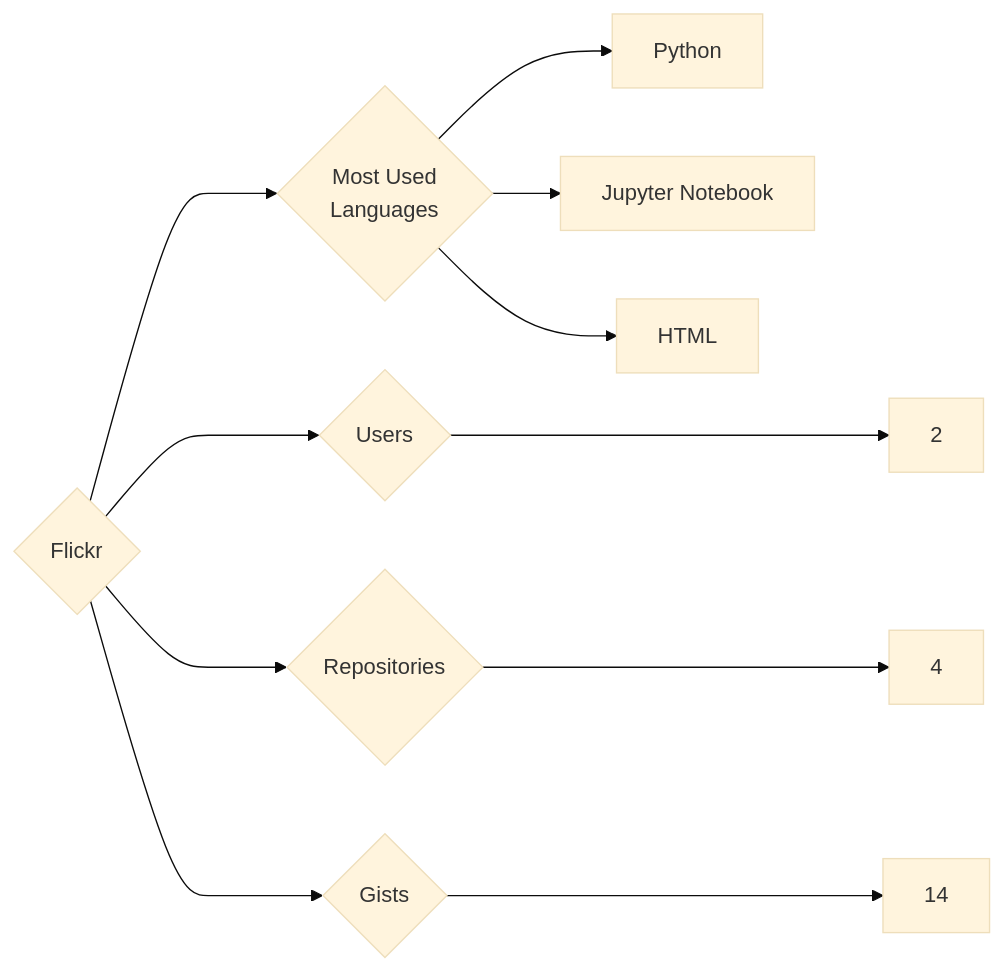
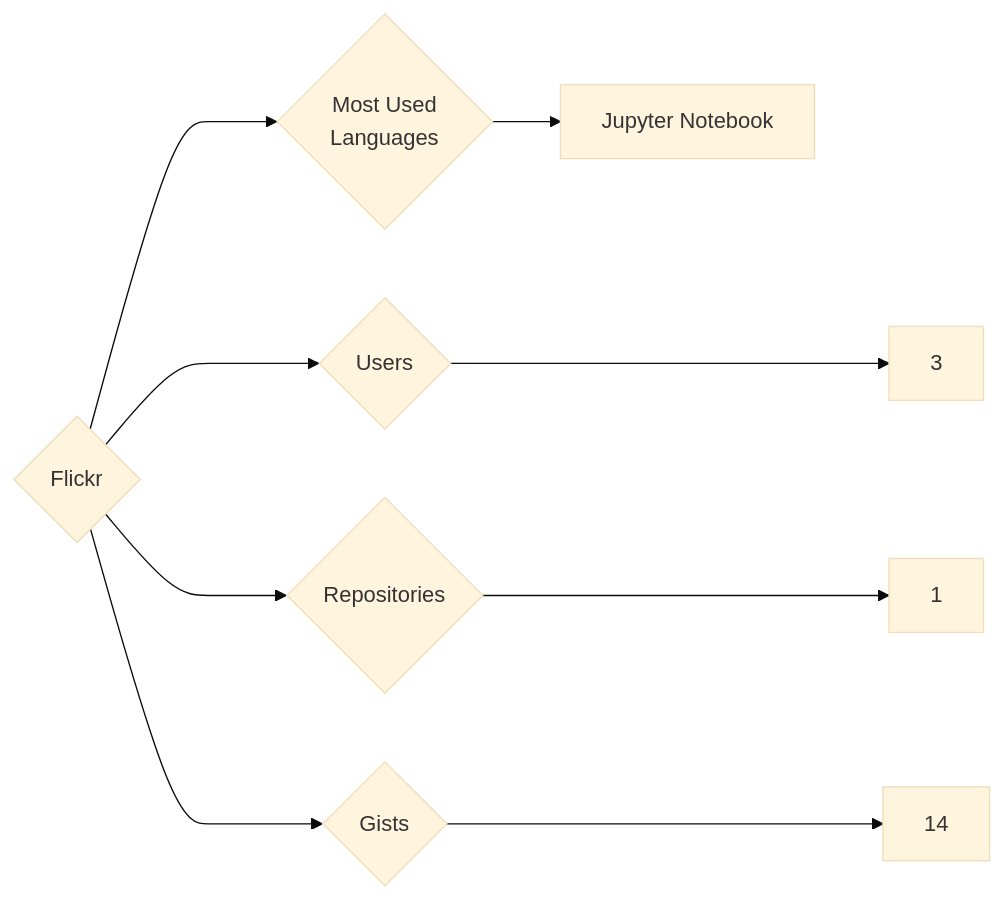
Before and after one commit to trickest/insiders: the diagram in targets/Flickr/README.md, drawn with Mermaid (base theme). The commit also changed 783 other files, not shown here.

````diff
--- a/targets/Flickr/README.md
+++ b/targets/Flickr/README.md
@@ -3,11 +3,9 @@
 ```mermaid
 graph LR
 COMPANY_NAME{Flickr}
-COMPANY_NAME ---> U{Users} ---> UN[2]
-COMPANY_NAME ---> R{Repositories} ---> RN[4]
+COMPANY_NAME ---> U{Users} ---> UN[3]
+COMPANY_NAME ---> R{Repositories} ---> RN[1]
 COMPANY_NAME ---> G{Gists} ---> GN[14]
 COMPANY_NAME ---> ML{Most Used<br>Languages}
-ML --> Python[Python]
 ML --> Jupyter_Notebook[Jupyter Notebook]
-ML --> HTML[HTML]
 ```
````
